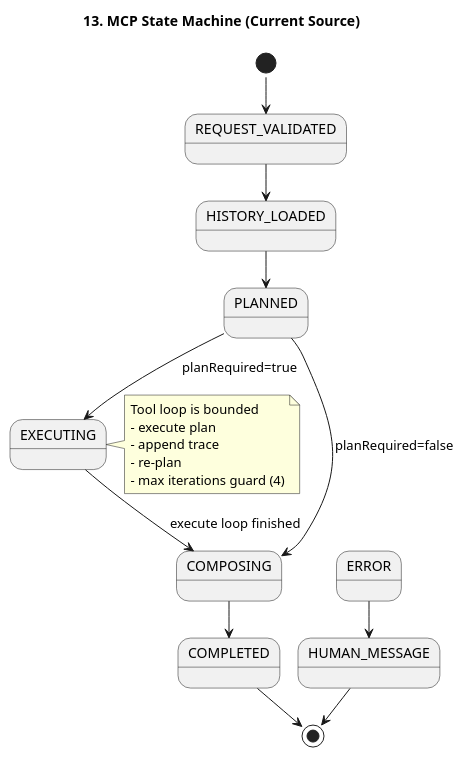
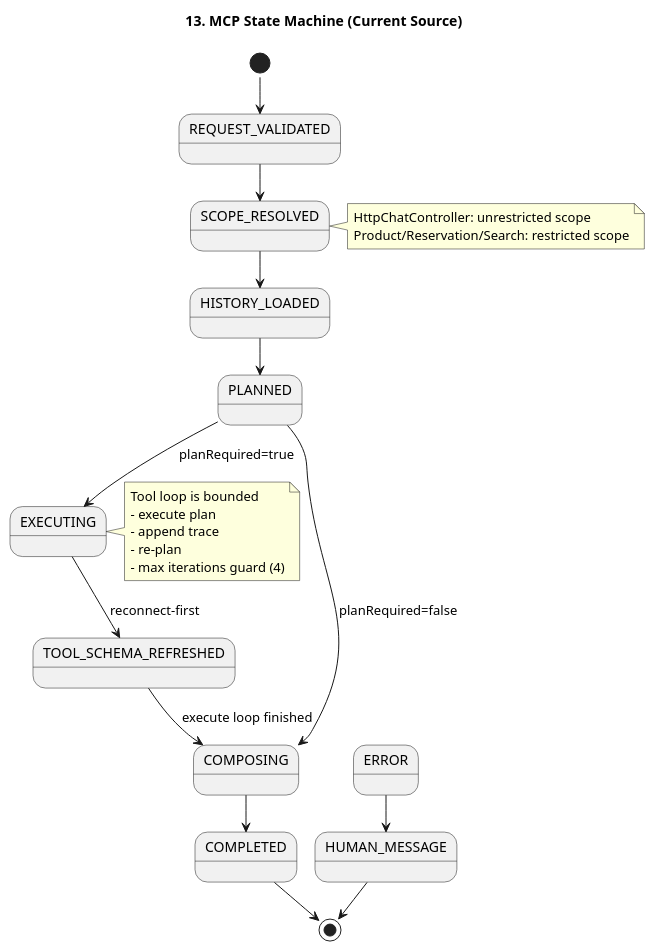
The diagram in documents/mcp-orchestrator-architecture/13-mcp-state-machine.puml (kim57uak/spring-ai), drawn with PlantUML before and after one commit. The commit also changed 63 other files, not shown here.

```diff
--- a/documents/mcp-orchestrator-architecture/13-mcp-state-machine.puml
+++ b/documents/mcp-orchestrator-architecture/13-mcp-state-machine.puml
@@ -1,30 +1,37 @@
 @startuml
 !pragma layout smetana
 title 13. MCP State Machine (Current Source)
 
 skinparam shadowing false
 
 [*] --> REQUEST_VALIDATED
-REQUEST_VALIDATED --> HISTORY_LOADED
+REQUEST_VALIDATED --> SCOPE_RESOLVED
+SCOPE_RESOLVED --> HISTORY_LOADED
 HISTORY_LOADED --> PLANNED
 
 PLANNED --> EXECUTING : planRequired=true
 PLANNED --> COMPOSING : planRequired=false
 
-EXECUTING --> COMPOSING : execute loop finished
+EXECUTING --> TOOL_SCHEMA_REFRESHED : reconnect-first
+TOOL_SCHEMA_REFRESHED --> COMPOSING : execute loop finished
 
 COMPOSING --> COMPLETED
 
 COMPLETED --> [*]
 HUMAN_MESSAGE --> [*]
 ERROR --> HUMAN_MESSAGE
 
 note right of EXECUTING
 Tool loop is bounded
 - execute plan
 - append trace
 - re-plan
 - max iterations guard (4)
 end note
 
+note right of SCOPE_RESOLVED
+HttpChatController: unrestricted scope
+Product/Reservation/Search: restricted scope
+end note
+
 @enduml
```
